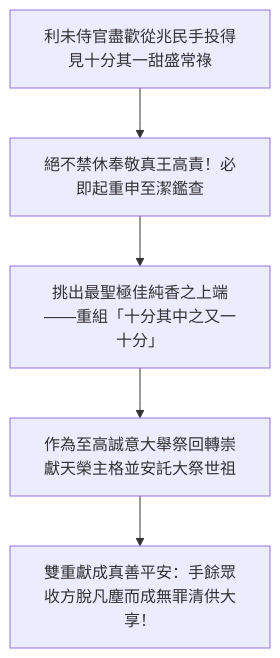
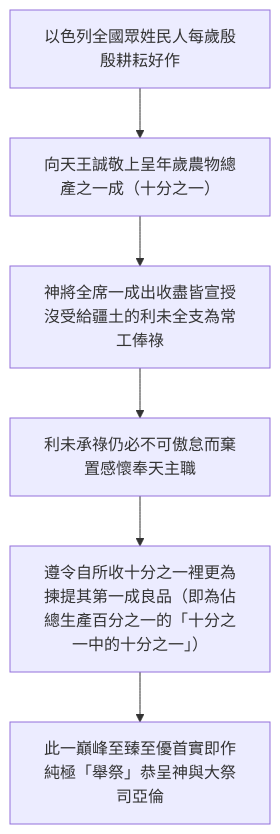
The fourth of 4 diagrams in content/04 民數記/第18章.md (andyjr5566/Bible_wiki_zh_website), drawn with Mermaid before and after one commit. The commit also changed other lines of this file and 471 other files, not shown here.

````diff
--- a/content/04 民數記/第18章.md
+++ b/content/04 民數記/第18章.md
@@ -150,7 +138,8 @@
 ```mermaid
 flowchart TD
-    A["利未侍官盡歡從兆民手投得見十分其一甜盛常祿"] --> B["絕不禁休奉敬真王高責！必即起重申至潔鑑查"]
-    B --> C["挑出最聖極佳純香之上端——重組「十分其中之又一十分」"]
-    C --> D["作為至高誠意大舉祭回轉崇獻天榮主格並安託大祭世祖"]
-    D --> E["雙重獻成真善平安：手餘眾收方脫凡塵而成無罪清供大享！"]
+    A["以色列全國眾姓民人每歲殷殷耕耘好作"] --> B["向天王誠敬上呈年歲農物總產之一成（十分之一）"]
+    B --> C["神將全席一成出收盡皆宣授沒受給疆土的利未全支為常工俸祿"]
+    C --> D["利未承祿仍必不可傲怠而棄置感懷奉天主職"]
+    D --> E["遵令自所收十分之一裡更為揀提其第一成良品（即為佔總生產百分之一的「十分之一中的十分之一」）"]
+    E --> F["此一巔峰至臻至優首實即作純極「舉祭」恭呈神與大祭司亞倫"]
 ```
````
